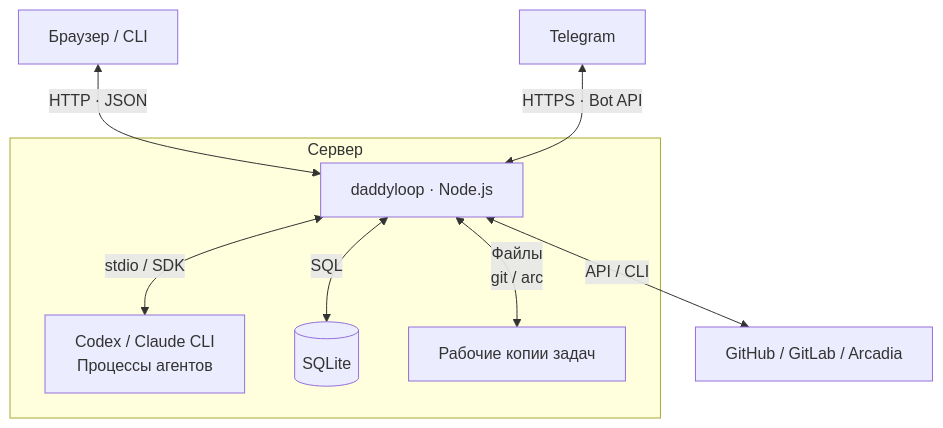
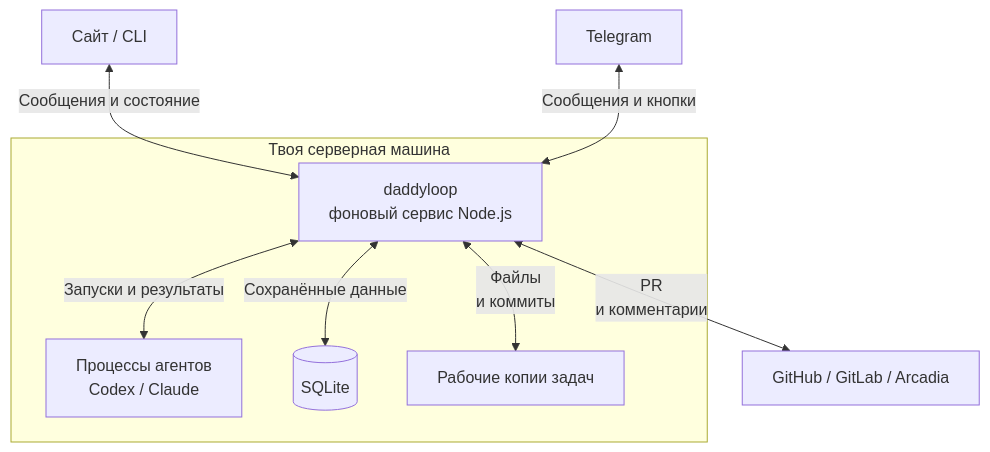
One commit to heesooyaam/daddyloop changed the first of 7 diagrams in docs/architecture/ru.md. Above: the diagram before and after it, drawn with Mermaid. The commit also changed other lines of this file and 4 other files, not shown here.

Commit message:
docs: explain architecture with focused diagrams (#29)

````diff
--- a/docs/architecture/ru.md
+++ b/docs/architecture/ru.md
@@ -13,11 +13,11 @@
 ```mermaid
 flowchart TB
-    U["Браузер / CLI"] <-->|"HTTP · JSON"| S
-    T["Telegram"] <-->|"HTTPS · Bot API"| S
-    subgraph H["Сервер"]
-        S["daddyloop · Node.js"] <-->|"stdio / SDK"| A["Codex / Claude CLI<br/>Процессы агентов"]
-        S <-->|"SQL"| DB[("SQLite")]
-        S <-->|"Файлы<br/>git / arc"| W["Рабочие копии задач"]
+    U["Сайт / CLI"] <-->|"Сообщения и состояние"| S
+    T["Telegram"] <-->|"Сообщения и кнопки"| S
+    subgraph H["Твоя серверная машина"]
+        S["daddyloop<br/>фоновый сервис Node.js"] <-->|"Запуски и результаты"| A["Процессы агентов<br/>Codex / Claude"]
+        S <-->|"Сохранённые данные"| DB[("SQLite")]
+        S <-->|"Файлы<br/>и коммиты"| W["Рабочие копии задач"]
     end
-    S <-->|"API / CLI"| R["GitHub / GitLab / Arcadia"]
+    S <-->|"PR<br/>и комментарии"| R["GitHub / GitLab / Arcadia"]
 ```
````
